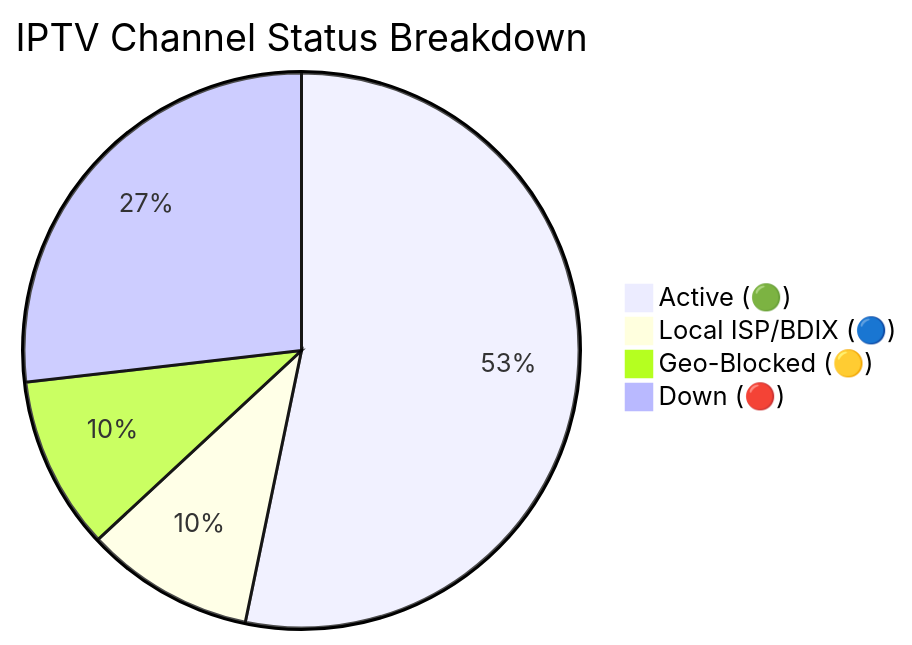
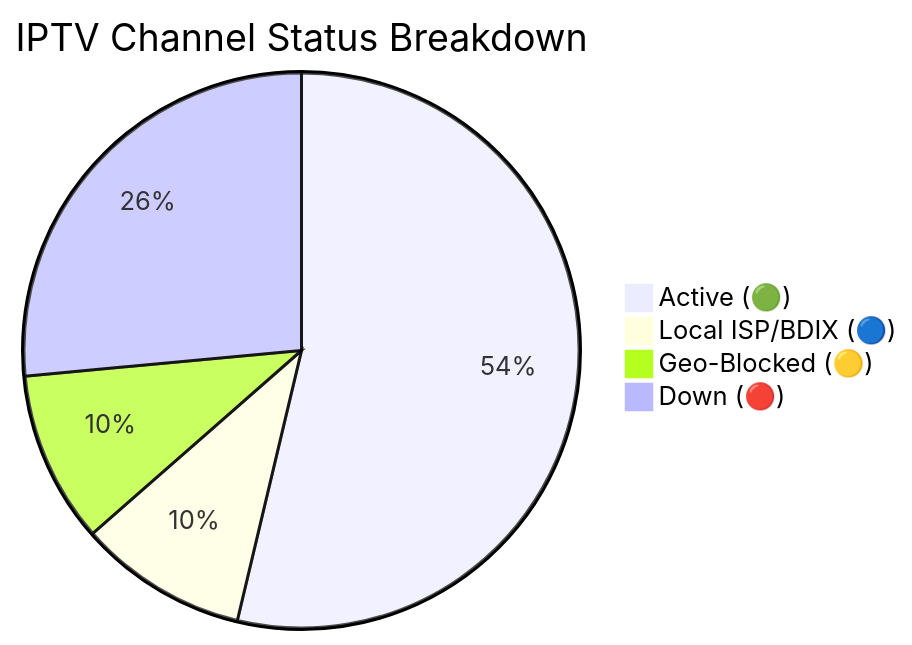
Before and after one commit to Zaman-Topu/Ip-tv-Collection: the diagram in README.md, drawn with Mermaid. The commit also changed other lines of this file and 6 other files, not shown here.

````diff
--- a/README.md
+++ b/README.md
@@ -149,7 +149,7 @@
 ```mermaid
 pie title IPTV Channel Status Breakdown
-    "Active (🟢)" : 9141
-    "Local ISP/BDIX (🔵)" : 1689
-    "Geo-Blocked (🟡)" : 1733
-    "Down (🔴)" : 4604
+    "Active (🟢)" : 9185
+    "Local ISP/BDIX (🔵)" : 1681
+    "Geo-Blocked (🟡)" : 1707
+    "Down (🔴)" : 4527
 ```
````
